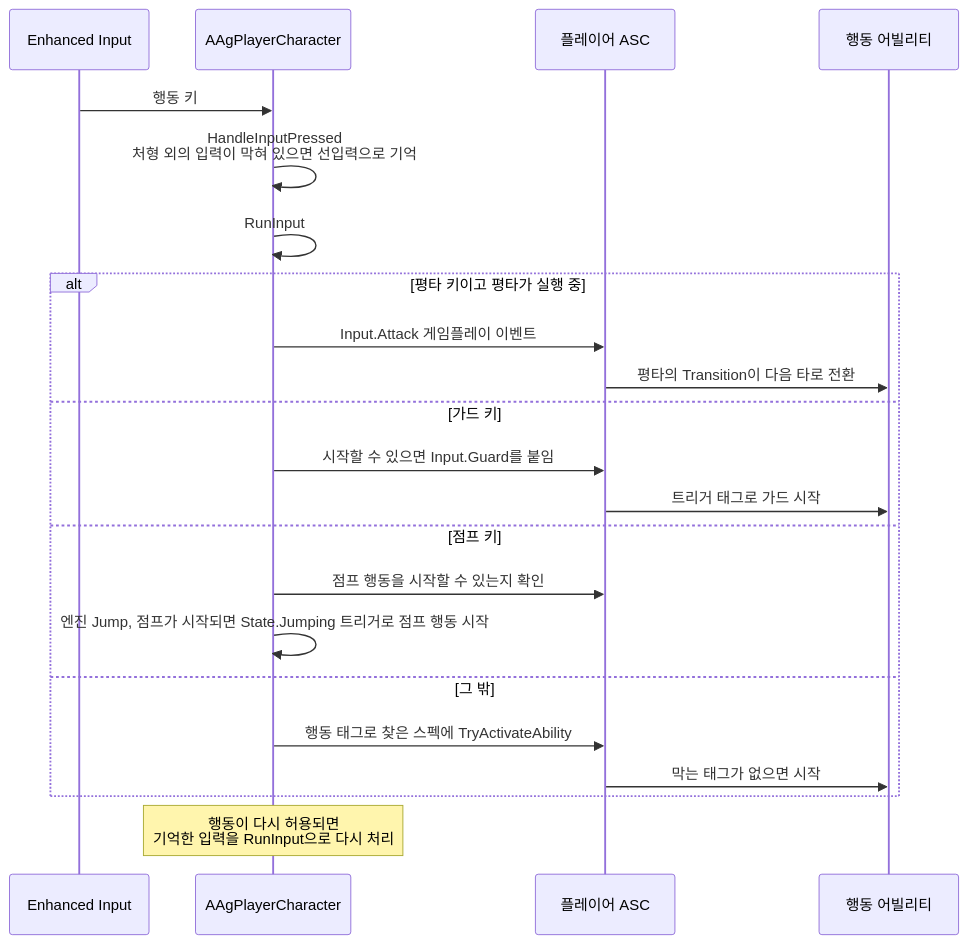
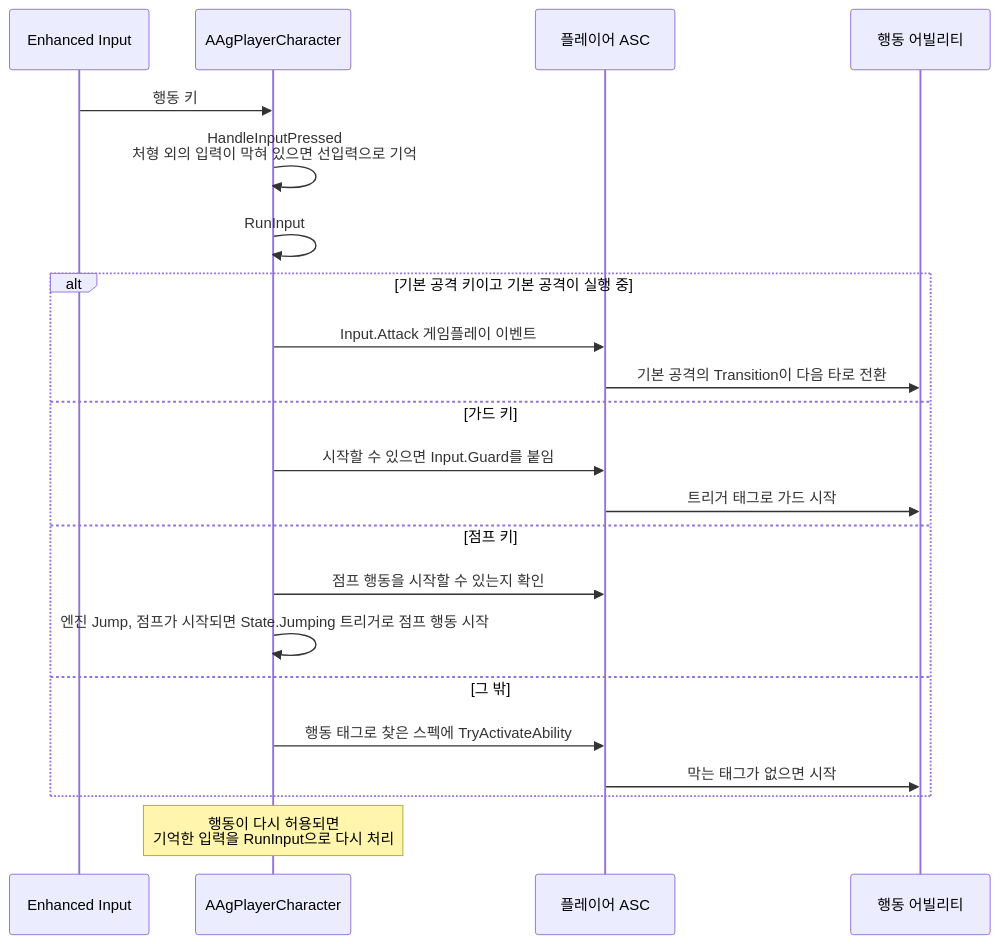
Before and after one commit to Woogl/Ag: the diagram in Docs/Program/입력 처리.md, drawn with Mermaid. The commit also changed other lines of this file and 42 other files, not shown here.

````diff
--- a/Docs/Program/입력 처리.md
+++ b/Docs/Program/입력 처리.md
@@ -57,24 +57,24 @@
 ```mermaid
 sequenceDiagram
     participant In as Enhanced Input
     participant P as AAgPlayerCharacter
     participant ASC as 플레이어 ASC
     participant GA as 행동 어빌리티
     In->>P: 행동 키
     P->>P: HandleInputPressed<br>처형 외의 입력이 막혀 있으면 선입력으로 기억
     P->>P: RunInput
-    alt 평타 키이고 평타가 실행 중
+    alt 기본 공격 키이고 기본 공격이 실행 중
         P->>ASC: Input.Attack 게임플레이 이벤트
-        ASC->>GA: 평타의 Transition이 다음 타로 전환
+        ASC->>GA: 기본 공격의 Transition이 다음 타로 전환
     else 가드 키
         P->>ASC: 시작할 수 있으면 Input.Guard를 붙임
         ASC->>GA: 트리거 태그로 가드 시작
     else 점프 키
         P->>ASC: 점프 행동을 시작할 수 있는지 확인
         P->>P: 엔진 Jump, 점프가 시작되면 State.Jumping 트리거로 점프 행동 시작
     else 그 밖
         P->>ASC: 행동 태그로 찾은 스펙에 TryActivateAbility
         ASC->>GA: 막는 태그가 없으면 시작
     end
     Note over P: 행동이 다시 허용되면<br>기억한 입력을 RunInput으로 다시 처리
 ```
````
